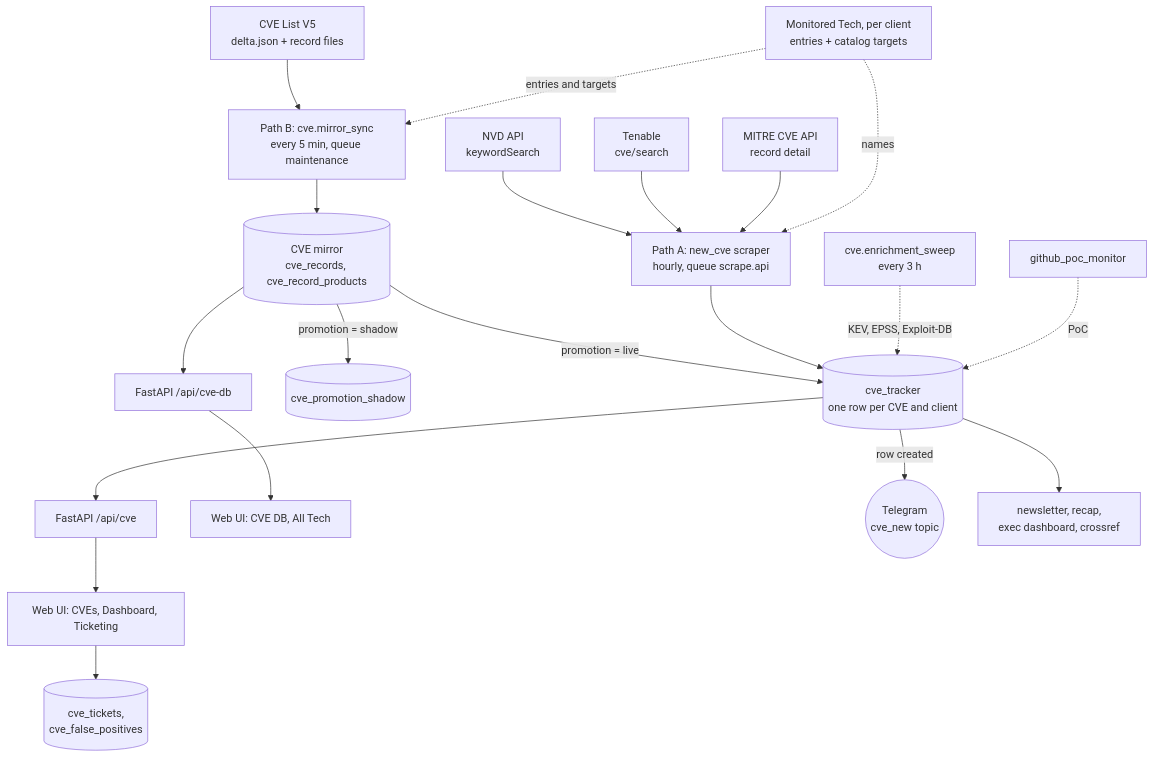
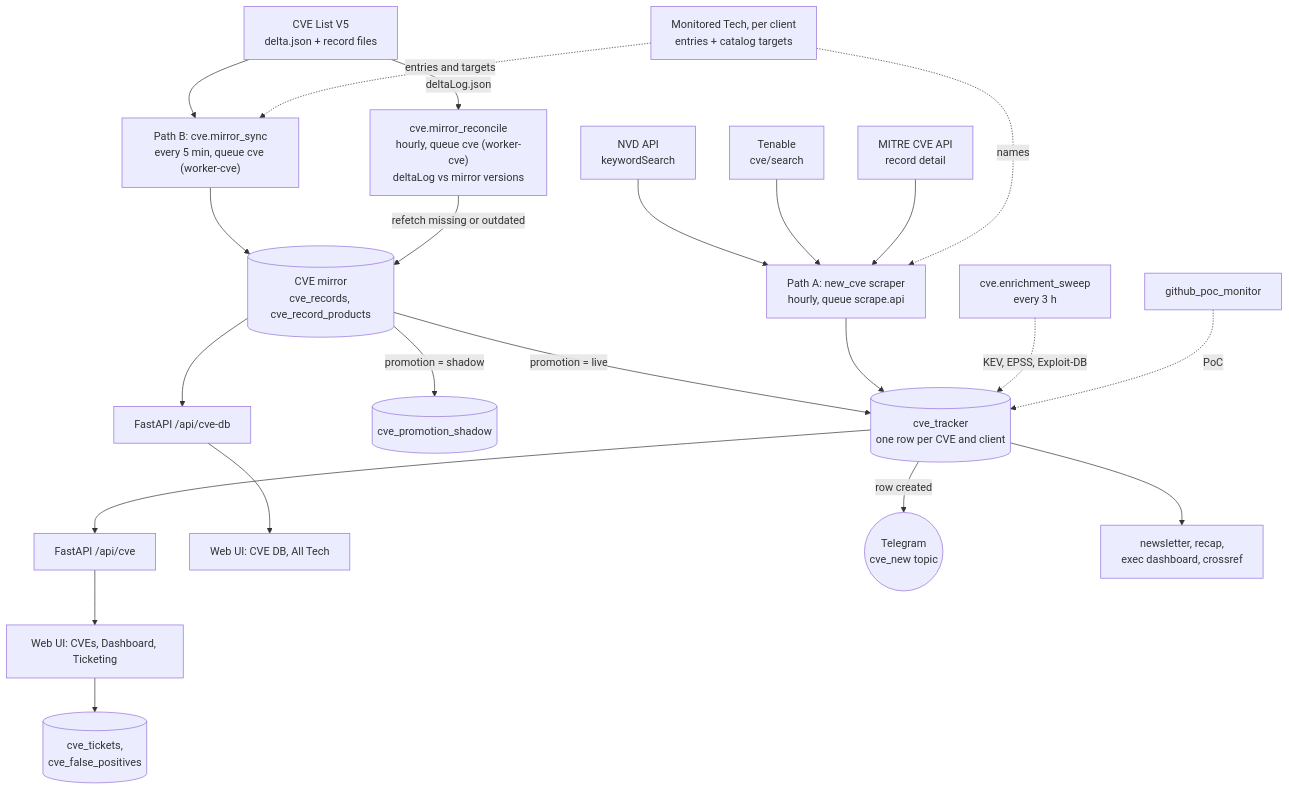
The first of 11 diagrams in docs/CVE_END_TO_END.md (ikblmhndra/Vareon-Intelligence), drawn with Mermaid before and after one commit. The commit also changed other lines of this file and 24 other files, not shown here.

````diff
--- a/docs/CVE_END_TO_END.md
+++ b/docs/CVE_END_TO_END.md
@@ -38,34 +38,37 @@
 ```mermaid
 flowchart TD
   nvd["NVD API<br/>keywordSearch"]
   ten["Tenable<br/>cve/search"]
   mitre["MITRE CVE API<br/>record detail"]
   v5["CVE List V5<br/>delta.json + record files"]
   mon["Monitored Tech, per client<br/>entries + catalog targets"]
 
   A["Path A: new_cve scraper<br/>hourly, queue scrape.api"]
-  B["Path B: cve.mirror_sync<br/>every 5 min, queue maintenance"]
+  B["Path B: cve.mirror_sync<br/>every 5 min, queue cve (worker-cve)"]
+  R["cve.mirror_reconcile<br/>hourly, queue cve (worker-cve)<br/>deltaLog vs mirror versions"]
 
   nvd --> A
   ten --> A
   mitre --> A
   v5 --> B
+  v5 -->|"deltaLog.json"| R
   mon -.->|"names"| A
   mon -.->|"entries and targets"| B
 
   B --> mir[("CVE mirror<br/>cve_records, cve_record_products")]
+  R -->|"refetch missing or outdated"| mir
   mir -->|"promotion = live"| trk
   mir -->|"promotion = shadow"| shd[("cve_promotion_shadow")]
   A --> trk[("cve_tracker<br/>one row per CVE and client")]
 
   enr["cve.enrichment_sweep<br/>every 3 h"] -.->|"KEV, EPSS, Exploit-DB"| trk
   poc["github_poc_monitor"] -.->|"PoC"| trk
 
   trk --> api["FastAPI /api/cve"]
   mir --> dbapi["FastAPI /api/cve-db"]
   api --> ui["Web UI: CVEs, Dashboard, Ticketing"]
   dbapi --> ui2["Web UI: CVE DB, All Tech"]
   ui --> tk[("cve_tickets,<br/>cve_false_positives")]
   trk -->|"row created"| tg(("Telegram<br/>cve_new topic"))
   trk --> other["newsletter, recap,<br/>exec dashboard, crossref"]
 ```
````
